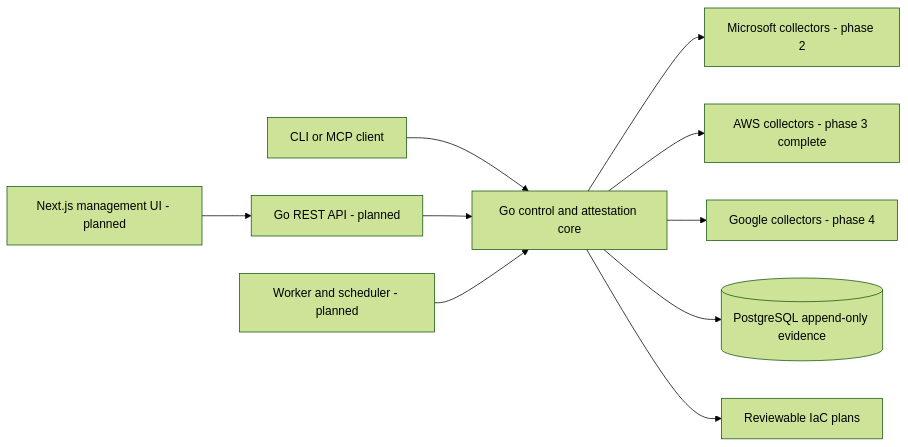
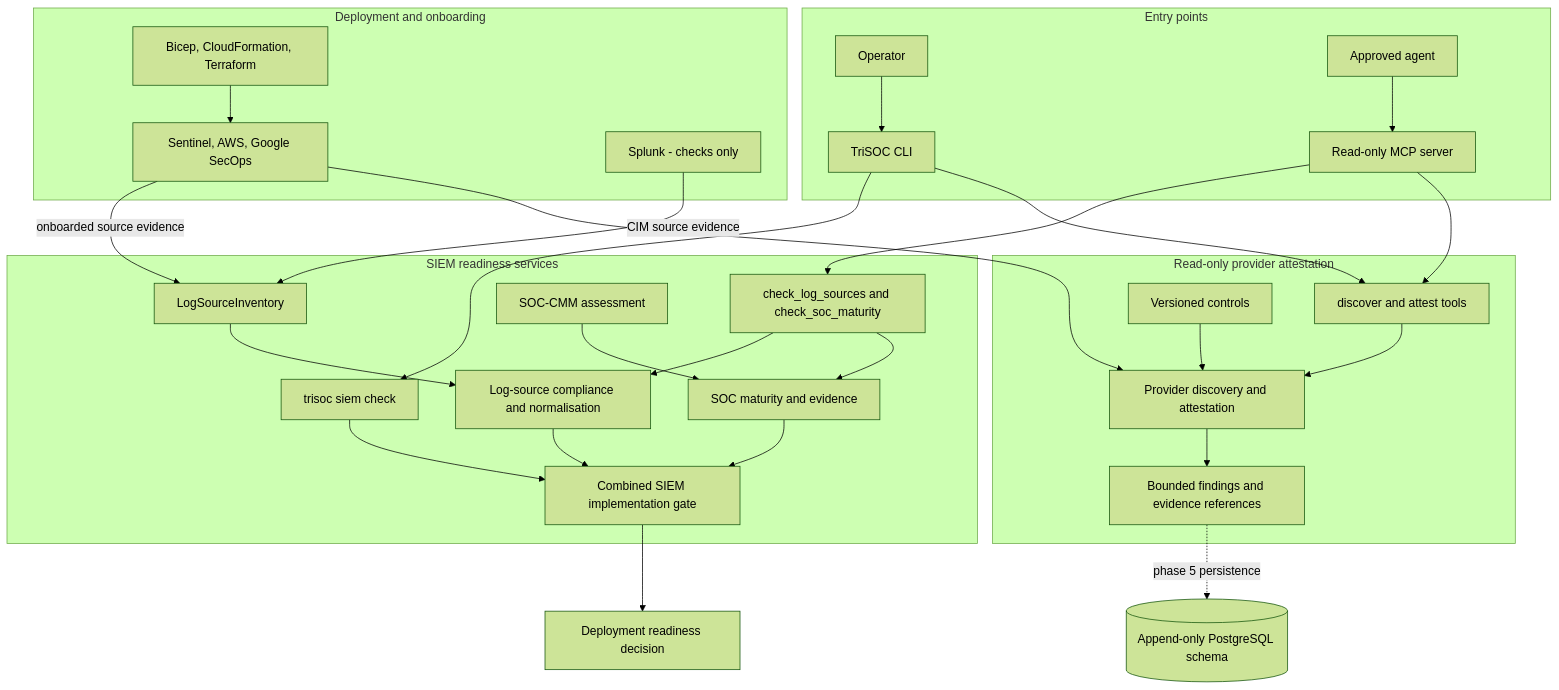
The diagram in README.md (jusso-dev/TriSoc), drawn with Mermaid (forest theme) before and after one commit. The commit also changed other lines of this file and 1 other file, not shown here.

````diff
--- a/README.md
+++ b/README.md
@@ -49,12 +51,43 @@
 ```mermaid
-flowchart LR
-  Agent[CLI or MCP client] --> Core[Go control and attestation core]
-  Web[Next.js management UI - planned] --> API[Go REST API - planned]
-  API --> Core
-  Scheduler[Worker and scheduler - planned] --> Core
-  Core --> AZ[Microsoft collectors - phase 2]
-  Core --> AWS[AWS collectors - phase 3 complete]
-  Core --> GCP[Google collectors - phase 4]
-  Core --> DB[(PostgreSQL append-only evidence)]
-  Core --> Plans[Reviewable IaC plans]
+flowchart TB
+  subgraph Entry[Entry points]
+    Operator[Operator] --> CLI[TriSOC CLI]
+    Agent[Approved agent] --> MCP[Read-only MCP server]
+  end
+
+  subgraph Readiness[SIEM readiness services]
+    SIEMCommand[trisoc siem check]
+    CheckTools[check_log_sources and check_soc_maturity]
+    Inventory[LogSourceInventory] --> LogCheck[Log-source compliance and normalisation]
+    Profile[SOC-CMM assessment] --> MaturityCheck[SOC maturity and evidence]
+    Gate[Combined SIEM implementation gate]
+    SIEMCommand --> Gate
+    CheckTools --> LogCheck
+    CheckTools --> MaturityCheck
+    LogCheck --> Gate
+    MaturityCheck --> Gate
+  end
+
+  CLI --> SIEMCommand
+  MCP --> CheckTools
+
+  subgraph ProviderFlow[Read-only provider attestation]
+    ProviderTools[discover and attest tools] --> Attestation[Provider discovery and attestation]
+    Catalogue[Versioned controls] --> Attestation
+    Attestation --> Results[Bounded findings and evidence references]
+  end
+
+  CLI --> ProviderTools
+  MCP --> ProviderTools
+
+  subgraph Deployment[Deployment and onboarding]
+    IaC[Bicep, CloudFormation, Terraform] --> Managed[Sentinel, AWS, Google SecOps]
+    Splunk[Splunk - checks only]
+  end
+  Managed -->|onboarded source evidence| Inventory
+  Splunk -->|CIM source evidence| Inventory
+  Managed --> Attestation
+
+  Gate --> Decision[Deployment readiness decision]
+  Results -. phase 5 persistence .-> DB[(Append-only PostgreSQL schema)]
 ```
````
